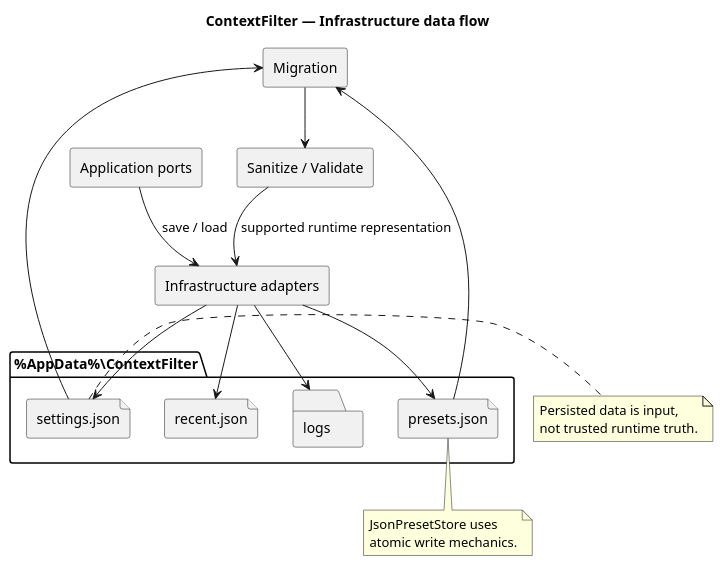
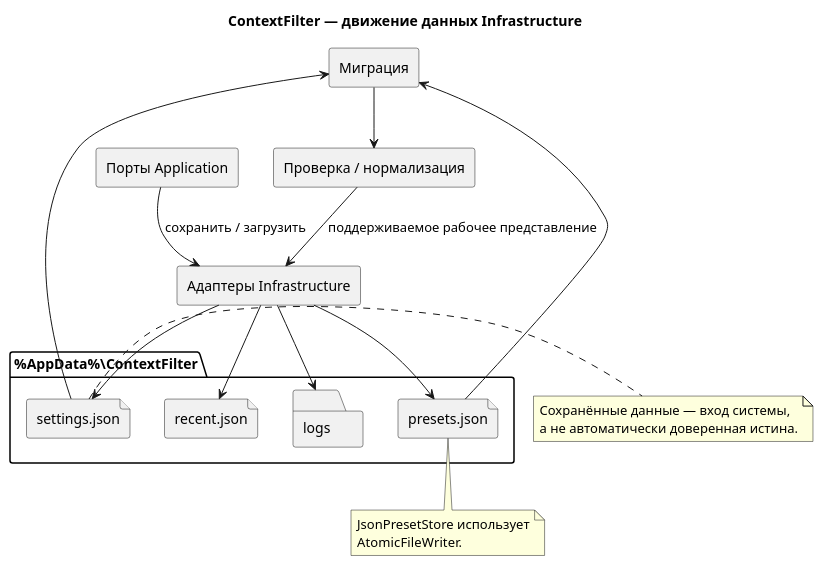
Before and after one commit to branch-danya-dev/revit-context-filter-analisys: the diagram in infrastructure/diagrams/infrastructure-flow.puml, drawn with PlantUML. The commit also changed 13 other files, not shown here.

```diff
--- a/infrastructure/diagrams/infrastructure-flow.puml
+++ b/infrastructure/diagrams/infrastructure-flow.puml
@@ -1,39 +1,37 @@
 @startuml
 skinparam componentStyle rectangle
 skinparam shadowing false
 
-title ContextFilter — Infrastructure data flow
+title ContextFilter — движение данных Infrastructure
 
-component "Application ports" as APP
-component "Infrastructure adapters" as INF
-component "Migration" as MIG
-component "Sanitize / Validate" as SAN
+component "Порты Application" as APP
+component "Адаптеры Infrastructure" as INF
+component "Миграция" as MIG
+component "Проверка / нормализация" as SAN
 folder "%AppData%\\ContextFilter" as DATA {
   file "settings.json" as SETTINGS
   file "presets.json" as PRESETS
   file "recent.json" as RECENT
   folder "logs" as LOGS
 }
 
-APP --> INF : save / load
+APP --> INF : сохранить / загрузить
 INF --> SETTINGS
 INF --> PRESETS
 INF --> RECENT
 INF --> LOGS
-
 SETTINGS --> MIG
 PRESETS --> MIG
 MIG --> SAN
-SAN --> INF : supported runtime representation
+SAN --> INF : поддерживаемое рабочее представление
 
 note right of SETTINGS
-Persisted data is input,
-not trusted runtime truth.
+Сохранённые данные — вход системы,
+а не автоматически доверенная истина.
 end note
 
 note bottom of PRESETS
-JsonPresetStore uses
-atomic write mechanics.
+JsonPresetStore использует
+AtomicFileWriter.
 end note
-
 @enduml
```
